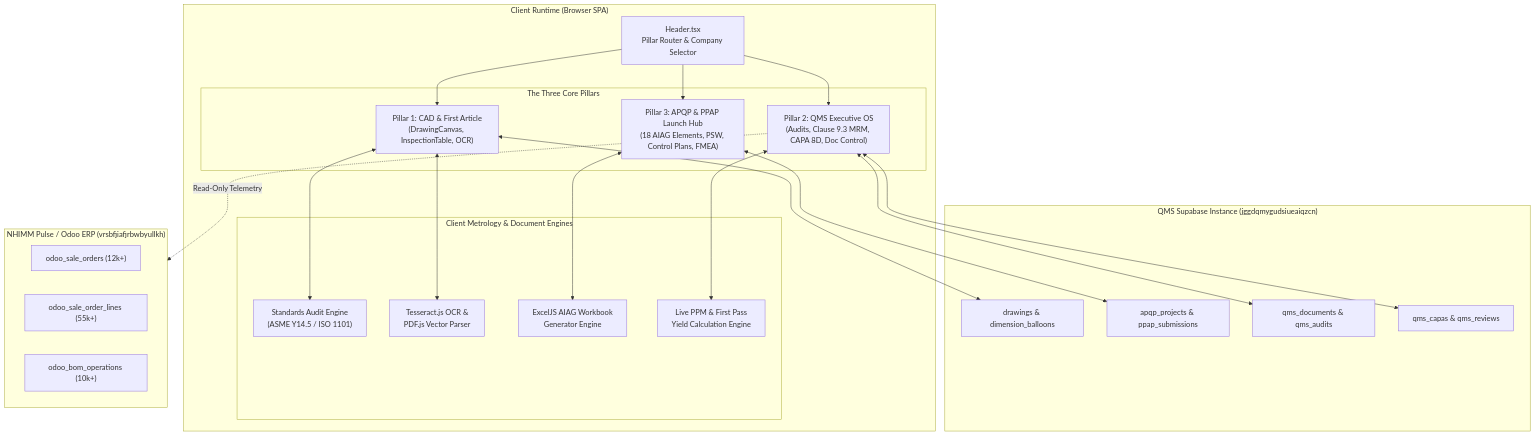
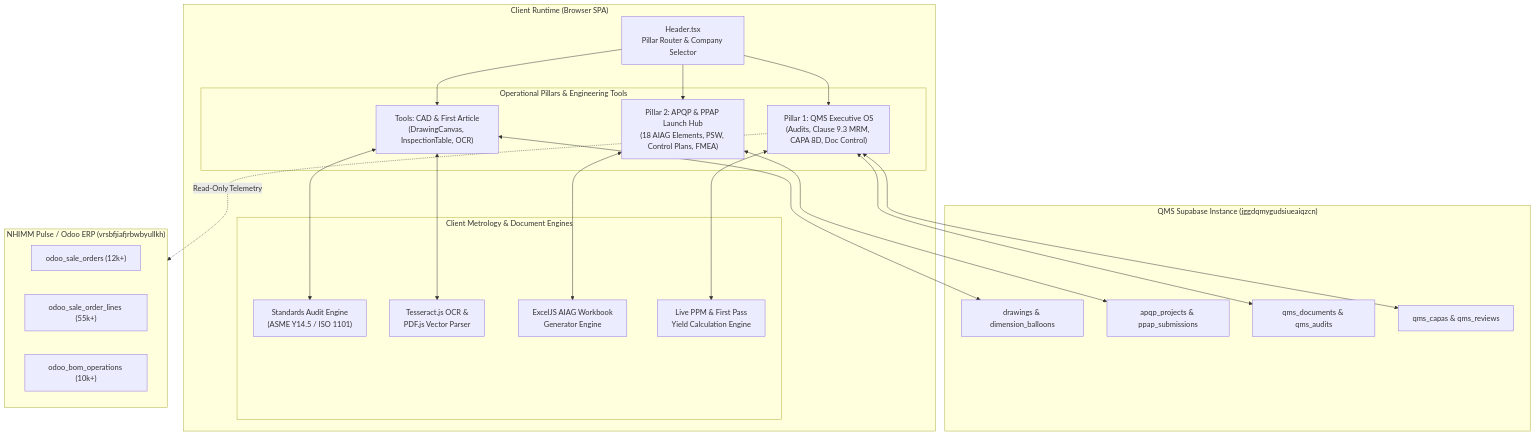
Before and after one commit to NHIMechanicalMotion/Quality-Compass: the diagram in docs/knowledge-base/architecture-and-data-flow.md, drawn with Mermaid. The commit also changed 8 other files, not shown here.

Commit message:
feat(navigation): set QMS as Pillar 1, APQP/PPAP as Pillar 2, and CAD/FAI under Tools category

````diff
--- a/docs/knowledge-base/architecture-and-data-flow.md
+++ b/docs/knowledge-base/architecture-and-data-flow.md
@@ -11,47 +11,47 @@
 ```mermaid
 flowchart TD
     subgraph Browser ["Client Runtime (Browser SPA)"]
         UI_HDR["Header.tsx\nPillar Router & Company Selector"]
         
-        subgraph Pillars ["The Three Core Pillars"]
-            P1["Pillar 1: CAD & First Article\n(DrawingCanvas, InspectionTable, OCR)"]
-            P2["Pillar 2: QMS Executive OS\n(Audits, Clause 9.3 MRM, CAPA 8D, Doc Control)"]
-            P3["Pillar 3: APQP & PPAP Launch Hub\n(18 AIAG Elements, PSW, Control Plans, FMEA)"]
+        subgraph Pillars ["Operational Pillars & Engineering Tools"]
+            P1["Pillar 1: QMS Executive OS\n(Audits, Clause 9.3 MRM, CAPA 8D, Doc Control)"]
+            P2["Pillar 2: APQP & PPAP Launch Hub\n(18 AIAG Elements, PSW, Control Plans, FMEA)"]
+            T1["Tools: CAD & First Article\n(DrawingCanvas, InspectionTable, OCR)"]
         end
 
         subgraph CoreEngines ["Client Metrology & Document Engines"]
             METRO["Standards Audit Engine\n(ASME Y14.5 / ISO 1101)"]
             OCR_ENG["Tesseract.js OCR &\nPDF.js Vector Parser"]
             EXCEL_ENG["ExcelJS AIAG Workbook\nGenerator Engine"]
             PPM_ENG["Live PPM & First Pass\nYield Calculation Engine"]
         end
     end
 
     subgraph SupabaseA ["QMS Supabase Instance (jggdqmygudsiueaiqzcn)"]
         DB_DWG["drawings & dimension_balloons"]
         DB_APQP["apqp_projects & ppap_submissions"]
         DB_QMS["qms_documents & qms_audits"]
         DB_CAPA["qms_capas & qms_reviews"]
     end
 
     subgraph SupabaseB ["NHIMM Pulse / Odoo ERP (vrsbfjiafjrbwbyullkh)"]
         ERP_ORDERS["odoo_sale_orders (12k+)"]
         ERP_LINES["odoo_sale_order_lines (55k+)"]
         ERP_BOM["odoo_bom_operations (10k+)"]
     end
 
     UI_HDR --> P1
     UI_HDR --> P2
-    UI_HDR --> P3
+    UI_HDR --> T1
 
-    P1 <--> METRO
-    P1 <--> OCR_ENG
-    P2 <--> PPM_ENG
-    P3 <--> EXCEL_ENG
+    P1 <--> PPM_ENG
+    P2 <--> EXCEL_ENG
+    T1 <--> METRO
+    T1 <--> OCR_ENG
 
-    P1 <--> DB_DWG
-    P2 <--> DB_QMS
-    P2 <--> DB_CAPA
-    P3 <--> DB_APQP
-    P2 -.-> |Read-Only Telemetry| SupabaseB
+    T1 <--> DB_DWG
+    P1 <--> DB_QMS
+    P1 <--> DB_CAPA
+    P2 <--> DB_APQP
+    P1 -.-> |Read-Only Telemetry| SupabaseB
 ```
````
